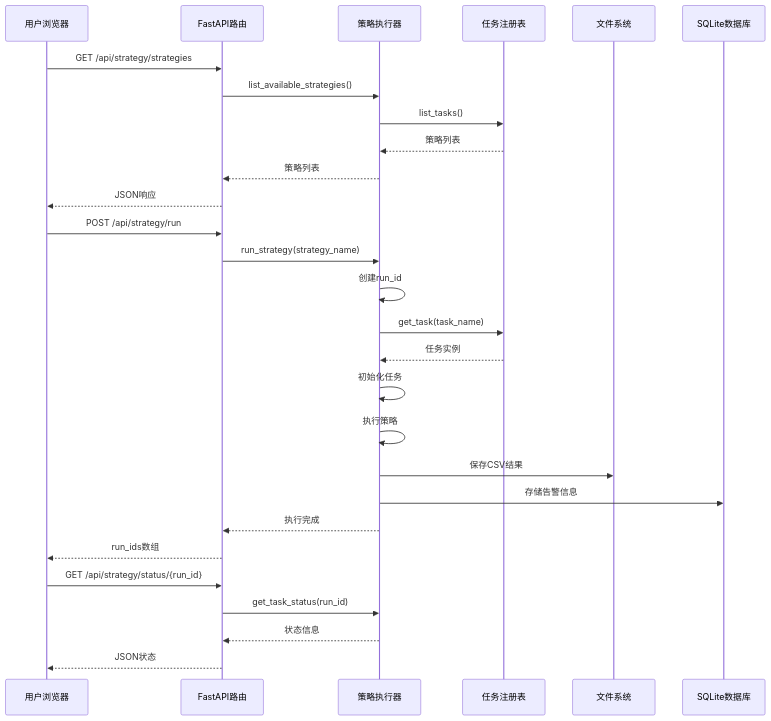
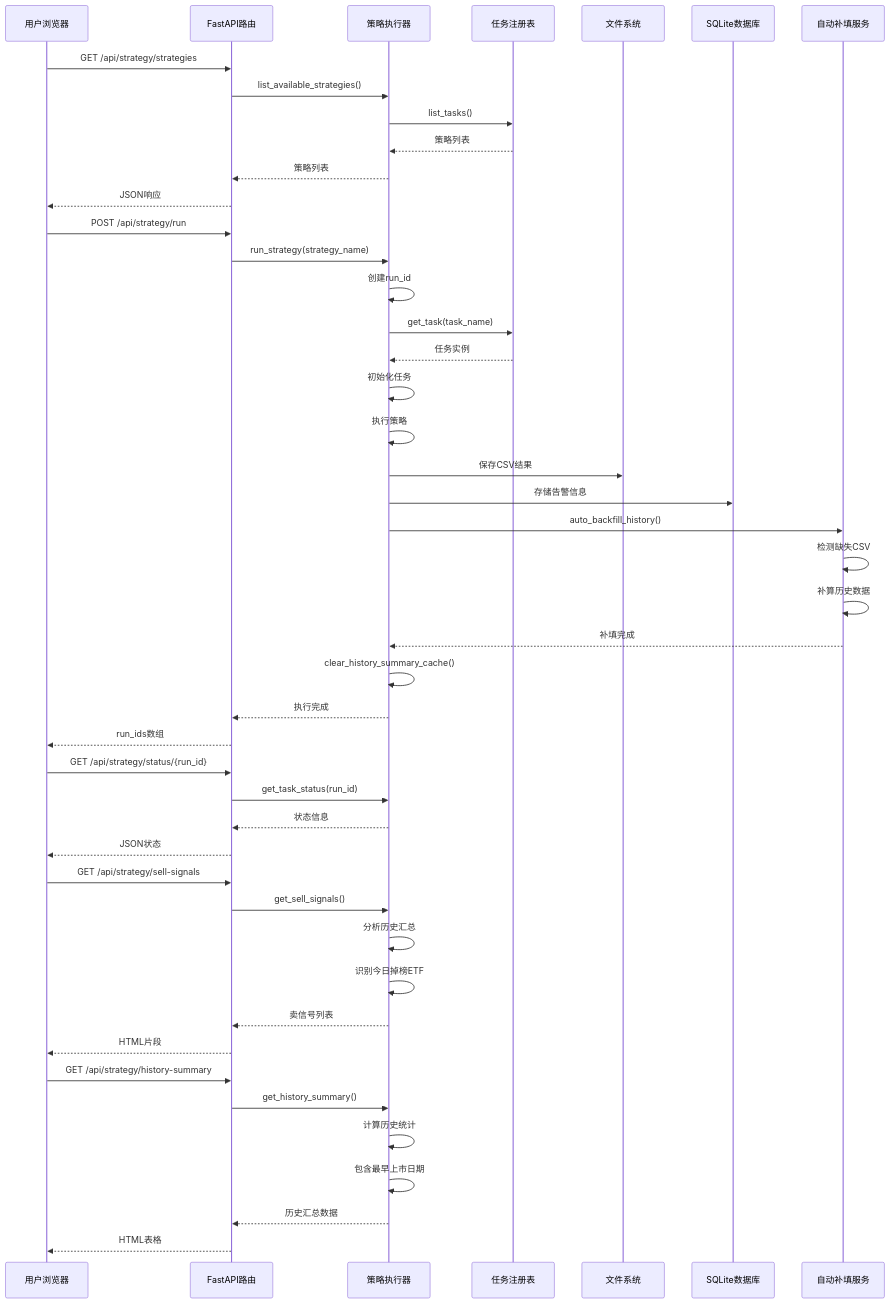
The second of 3 diagrams in .qoder/repowiki/zh/content/Dashboard监控系统/核心页面功能/策略执行页面.md (ldeng76/quant-ETF), drawn with Mermaid before and after one commit. The commit also changed other lines of this file and 12 other files, not shown here.

````diff
--- a/.qoder/repowiki/zh/content/Dashboard监控系统/核心页面功能/策略执行页面.md
+++ b/.qoder/repowiki/zh/content/Dashboard监控系统/核心页面功能/策略执行页面.md
@@ -132,30 +174,48 @@
 ```mermaid
 sequenceDiagram
 participant U as 用户浏览器
 participant API as FastAPI路由
 participant SR as 策略执行器
 participant TR as 任务注册表
 participant FS as 文件系统
 participant DB as SQLite数据库
+participant AB as 自动补填服务
 U->>API : GET /api/strategy/strategies
 API->>SR : list_available_strategies()
 SR->>TR : list_tasks()
 TR-->>SR : 策略列表
 SR-->>API : 策略列表
 API-->>U : JSON响应
 U->>API : POST /api/strategy/run
 API->>SR : run_strategy(strategy_name)
 SR->>SR : 创建run_id
 SR->>TR : get_task(task_name)
 TR-->>SR : 任务实例
 SR->>SR : 初始化任务
 SR->>SR : 执行策略
 SR->>FS : 保存CSV结果
 SR->>DB : 存储告警信息
+SR->>AB : auto_backfill_history()
+AB->>AB : 检测缺失CSV
+AB->>AB : 补算历史数据
+AB-->>SR : 补填完成
+SR->>SR : clear_history_summary_cache()
 SR-->>API : 执行完成
 API-->>U : run_ids数组
 U->>API : GET /api/strategy/status/{run_id}
 API->>SR : get_task_status(run_id)
 SR-->>API : 状态信息
 API-->>U : JSON状态
+U->>API : GET /api/strategy/sell-signals
+API->>SR : get_sell_signals()
+SR->>SR : 分析历史汇总
+SR->>SR : 识别今日掉榜ETF
+SR-->>API : 卖信号列表
+API-->>U : HTML片段
+U->>API : GET /api/strategy/history-summary
+API->>SR : get_history_summary()
+SR->>SR : 计算历史统计
+SR->>SR : 包含最早上市日期
+SR-->>API : 历史汇总数据
+API-->>U : HTML表格
 ```
````
